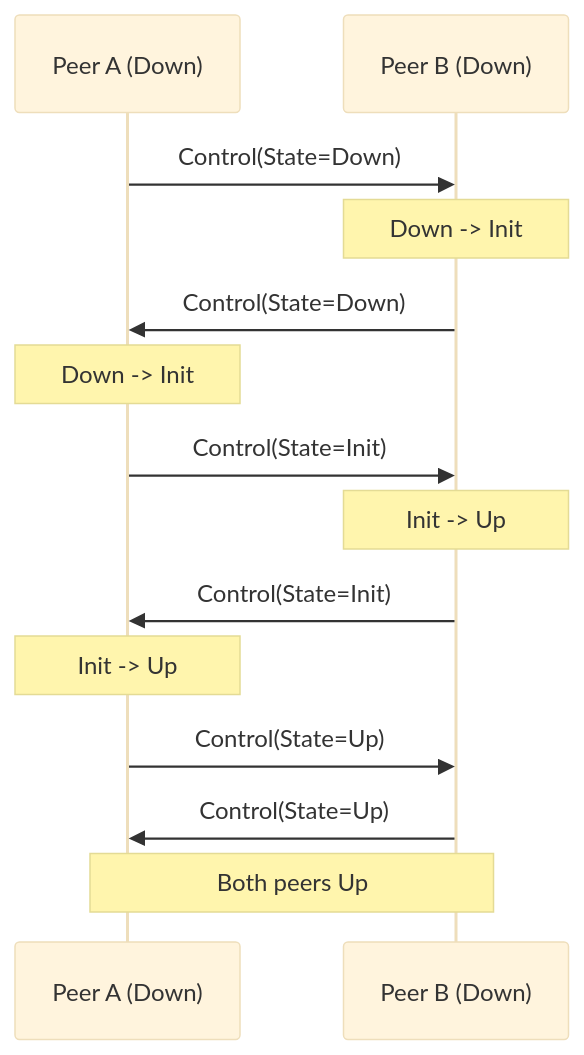
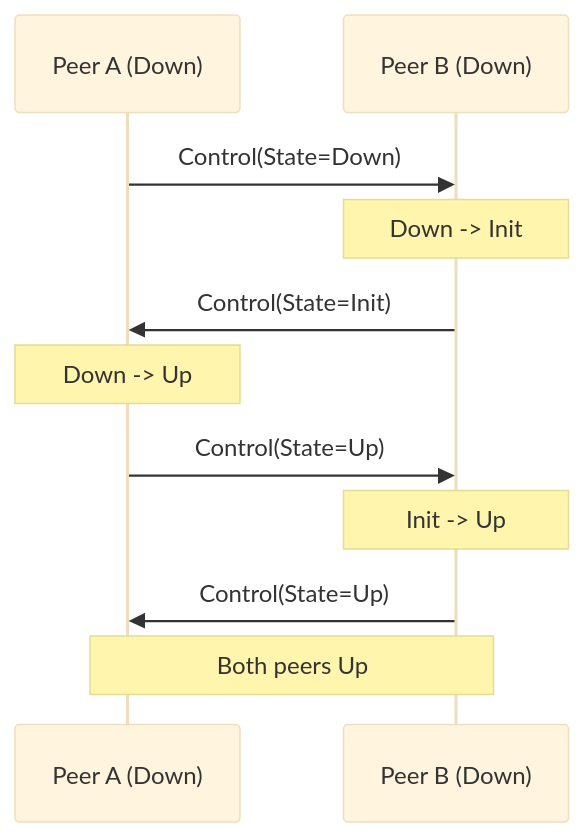
One commit to dantte-lp/gobfd changed the fifth of 6 diagrams in docs/en/01-architecture.md. Above: the diagram before and after it, drawn with Mermaid (base theme). The commit also changed other lines of this file and 53 other files, not shown here.

````diff
--- a/docs/en/01-architecture.md
+++ b/docs/en/01-architecture.md
@@ -364,19 +367,14 @@
 ```mermaid
 sequenceDiagram
     participant A as Peer A (Down)
     participant B as Peer B (Down)
 
     A->>B: Control(State=Down)
     Note over B: Down -> Init
-    B->>A: Control(State=Down)
-    Note over A: Down -> Init
-
-    A->>B: Control(State=Init)
+    B->>A: Control(State=Init)
+    Note over A: Down -> Up
+    A->>B: Control(State=Up)
     Note over B: Init -> Up
-    B->>A: Control(State=Init)
-    Note over A: Init -> Up
-
-    A->>B: Control(State=Up)
     B->>A: Control(State=Up)
     Note over A,B: Both peers Up
 ```
````
